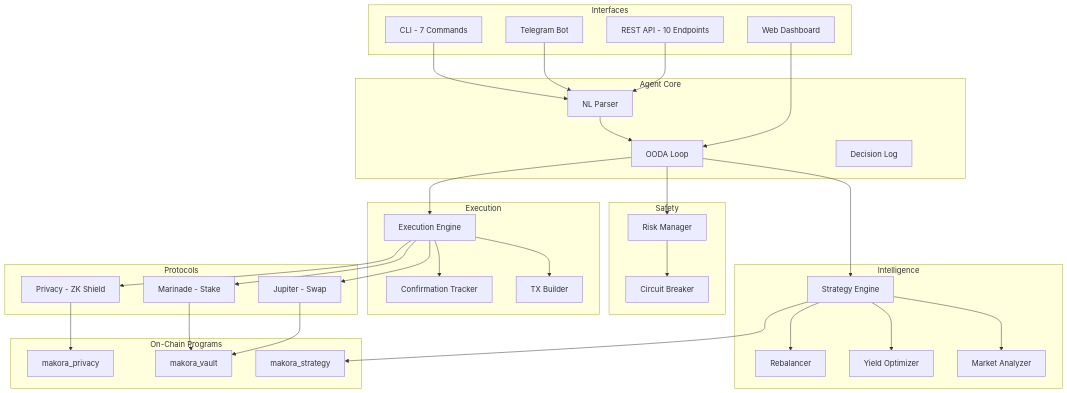
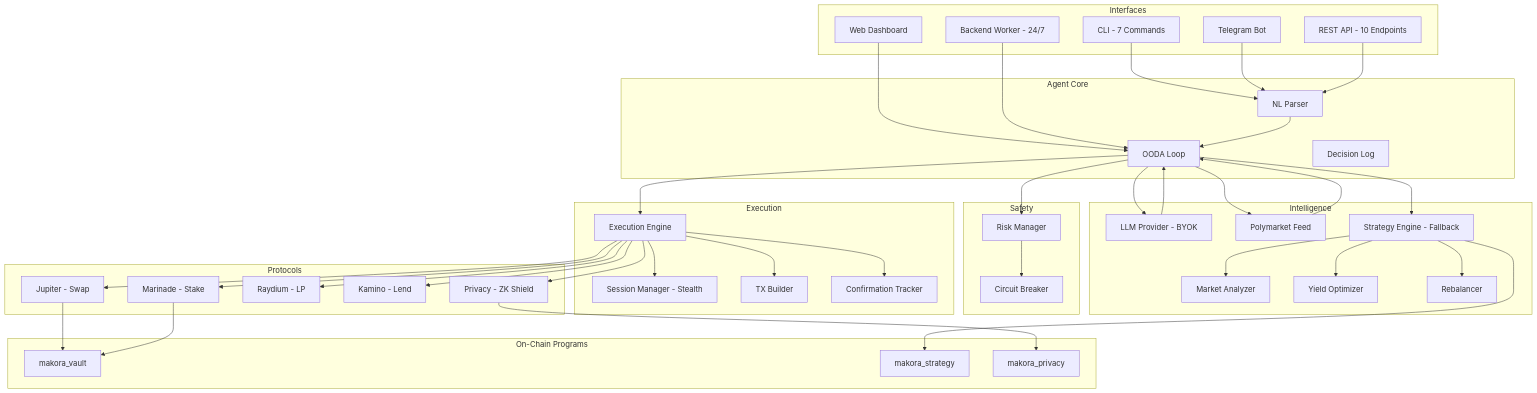
The diagram in README.md (IsSlashy/Makora), drawn with Mermaid before and after one commit. The commit also changed other lines of this file and 36 other files, not shown here.

First line of the commit message:
feat: add LLM-powered OODA loop with Polymarket intelligence and BYOK settings

````diff
--- a/README.md
+++ b/README.md
@@ -59,67 +93,81 @@
 ```mermaid
 graph TB
     subgraph Interfaces
         CLI[CLI - 7 Commands]
         TG[Telegram Bot]
         API[REST API - 10 Endpoints]
         DASH[Web Dashboard]
+        WRK[Backend Worker - 24/7]
     end
 
     subgraph Agent Core
         NL[NL Parser]
         OODA[OODA Loop]
         LOG[Decision Log]
     end
 
     subgraph Intelligence
-        SE[Strategy Engine]
+        LLM[LLM Provider - BYOK]
+        PM[Polymarket Feed]
+        SE[Strategy Engine - Fallback]
         MA[Market Analyzer]
         YO[Yield Optimizer]
         RB[Rebalancer]
     end
 
     subgraph Safety
         RM[Risk Manager]
         CB[Circuit Breaker]
     end
 
     subgraph Execution
         EE[Execution Engine]
+        SM[Session Manager - Stealth]
         TB[TX Builder]
         CT[Confirmation Tracker]
     end
 
     subgraph Protocols
         JUP[Jupiter - Swap]
         MAR[Marinade - Stake]
+        RAY[Raydium - LP]
+        KAM[Kamino - Lend]
         PRV[Privacy - ZK Shield]
     end
 
     subgraph On-Chain Programs
         V[makora_vault]
         S[makora_strategy]
         P[makora_privacy]
     end
 
     CLI --> NL
     TG --> NL
     API --> NL
     DASH --> OODA
+    WRK --> OODA
     NL --> OODA
+    OODA --> LLM
+    OODA --> PM
     OODA --> SE
-    OODA --> RM
+    LLM --> OODA
+    PM --> OODA
     SE --> MA
     SE --> YO
     SE --> RB
+    OODA --> RM
     RM --> CB
     OODA --> EE
+    EE --> SM
     EE --> TB
     EE --> CT
     EE --> JUP
     EE --> MAR
+    EE --> RAY
+    EE --> KAM
     EE --> PRV
     JUP --> V
     MAR --> V
     PRV --> P
     SE --> S
 ```
````
